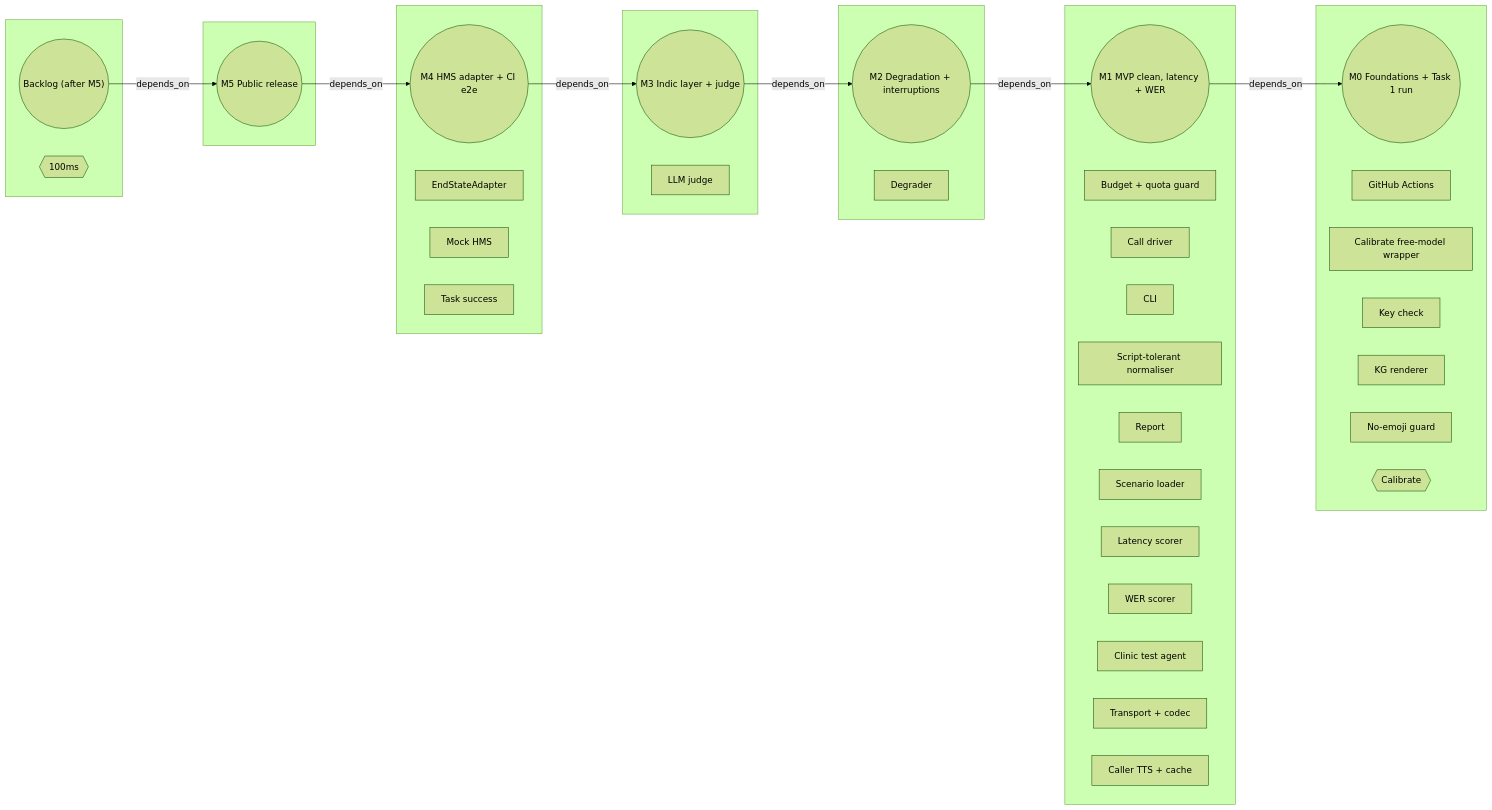
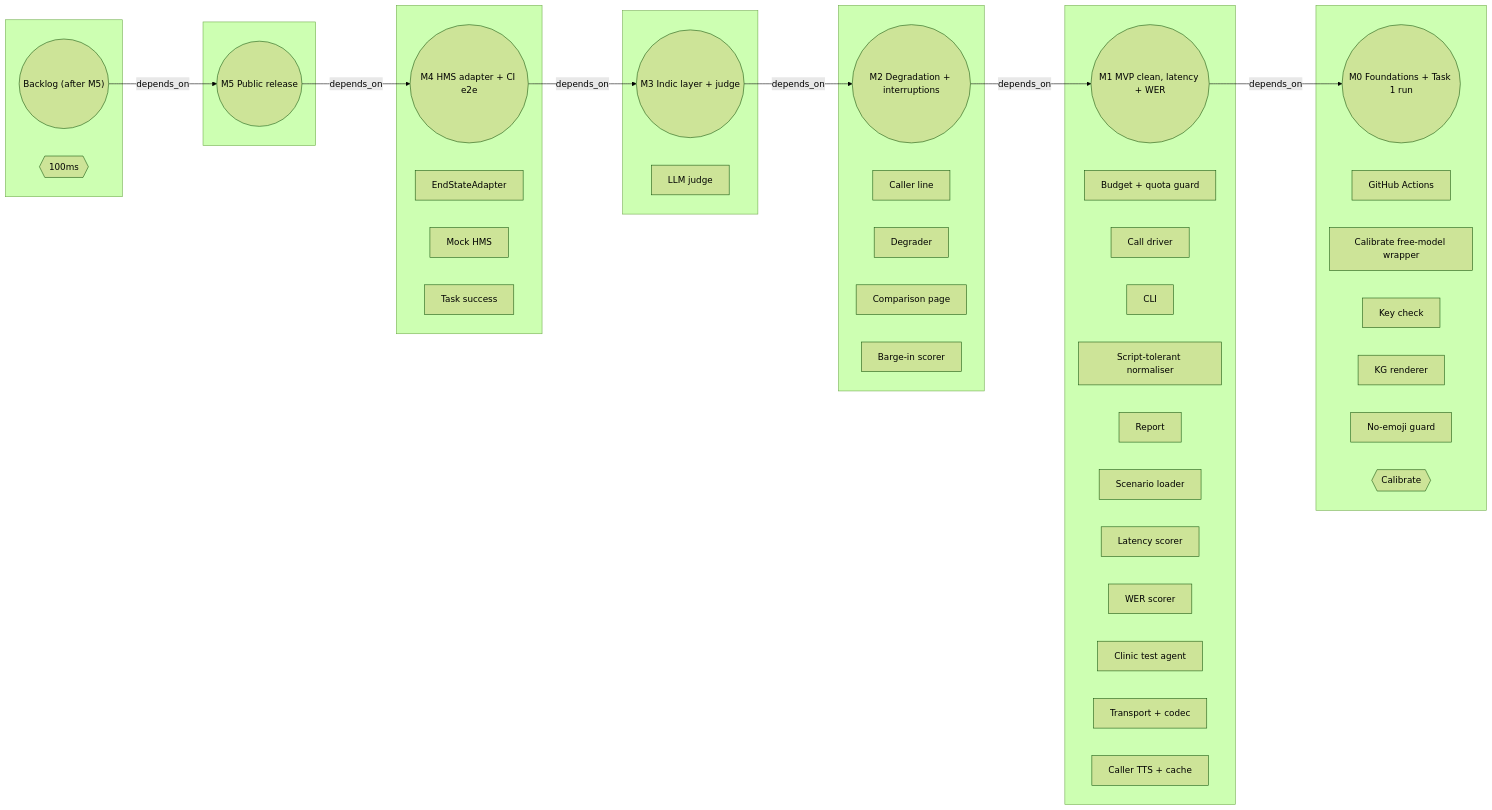
Before and after one commit to yatinannam/parakh: the third of 3 diagrams in docs/kg/README.md, drawn with Mermaid (forest theme). The commit also changed other lines of this file and 4 other files, not shown here.

Commit message:
docs: record M2 in the spec, README and knowledge graph

````diff
--- a/docs/kg/README.md
+++ b/docs/kg/README.md
@@ -210,53 +224,56 @@
 ```mermaid
 flowchart LR
   subgraph g_backlog[" "]
     backlog(("Backlog (after M5)"))
     x_100ms{{"100ms"}}
   end
   subgraph g_m0[" "]
     m0(("M0 Foundations + Task 1 run"))
     ci["GitHub Actions"]
     t_calibrate_eval["Calibrate free-model wrapper"]
     t_check_keys["Key check"]
     t_kg_render["KG renderer"]
     t_no_emoji["No-emoji guard"]
     x_calibrate{{"Calibrate"}}
   end
   subgraph g_m1[" "]
     m1(("M1 MVP clean, latency + WER"))
     budget["Budget + quota guard"]
     call_driver["Call driver"]
     cli["CLI"]
     normalizer["Script-tolerant normaliser"]
     report["Report"]
     scenario["Scenario loader"]
     score_latency["Latency scorer"]
     score_wer["WER scorer"]
     test_agent["Clinic test agent"]
     transport_codec["Transport + codec"]
     tts_cache["Caller TTS + cache"]
   end
   subgraph g_m2[" "]
     m2(("M2 Degradation + interruptions"))
+    caller_line["Caller line"]
     degrader["Degrader"]
+    report_compare["Comparison page"]
+    score_bargein["Barge-in scorer"]
   end
   subgraph g_m3[" "]
     m3(("M3 Indic layer + judge"))
     judge["LLM judge"]
   end
   subgraph g_m4[" "]
     m4(("M4 HMS adapter + CI e2e"))
     end_state_adapter["EndStateAdapter"]
     mock_hms["Mock HMS"]
     score_task["Task success"]
   end
   subgraph g_m5[" "]
     m5(("M5 Public release"))
   end
   backlog -->|depends_on| m5
   m1 -->|depends_on| m0
   m2 -->|depends_on| m1
   m3 -->|depends_on| m2
   m4 -->|depends_on| m3
   m5 -->|depends_on| m4
 ```
````
